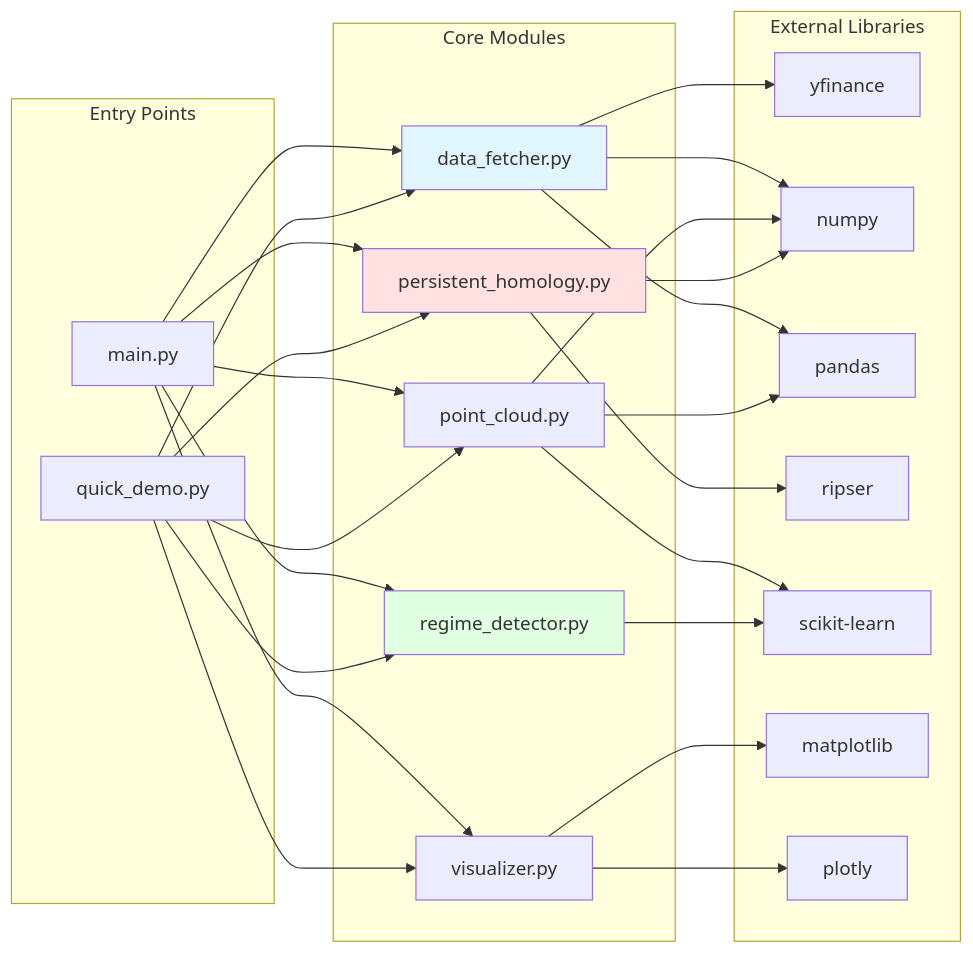
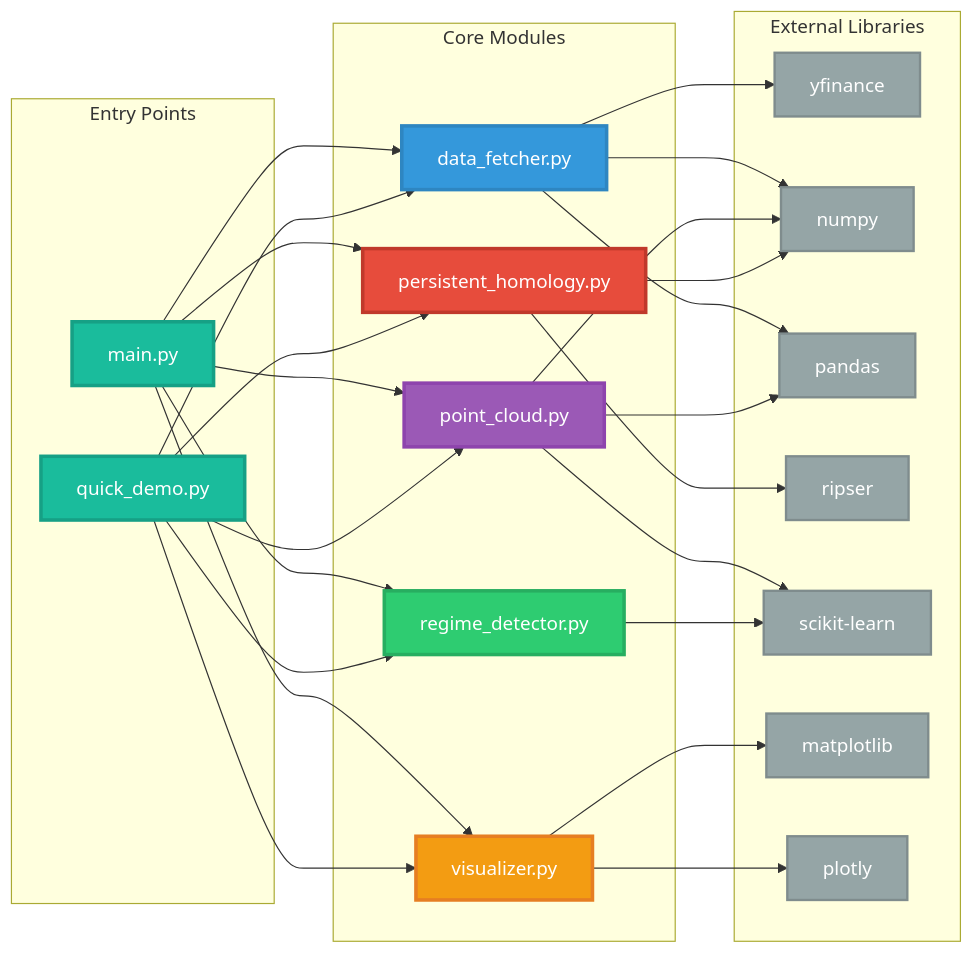
The fourth of 19 diagrams in README.md (gregorizeidler/MarketTDA), drawn with Mermaid before and after one commit. The commit also changed other lines of this file, not shown here.

Commit message:
docs: improve Mermaid diagram contrast and colors
- Added strong, contrasting colors to all diagrams
- System Architecture: blue/purple/green/red/orange palette
- Module Dependencies: distinct colors for each module type
- All text now in white (#fff) for maximum readability
- Thicker borders (3px) for better visibility
- Enhanced visual hierarchy with stroke colors

````diff
--- a/README.md
+++ b/README.md
@@ -854,52 +863,63 @@
 ```mermaid
 graph LR
     subgraph "Core Modules"
         A[data_fetcher.py]
         B[point_cloud.py]
         C[persistent_homology.py]
         D[visualizer.py]
         E[regime_detector.py]
     end
     
     subgraph "External Libraries"
         F[yfinance]
         G[numpy]
         H[pandas]
         I[ripser]
         J[scikit-learn]
         K[matplotlib]
         L[plotly]
     end
     
     subgraph "Entry Points"
         M[main.py]
         N[quick_demo.py]
     end
     
     A --> F
     A --> G
     A --> H
     B --> G
     B --> H
     B --> J
     C --> I
     C --> G
     D --> K
     D --> L
     E --> J
     
     M --> A
     M --> B
     M --> C
     M --> D
     M --> E
     N --> A
     N --> B
     N --> C
     N --> D
     N --> E
     
-    style A fill:#e1f5ff
-    style C fill:#ffe1e1
-    style E fill:#e1ffe1
+    style A fill:#3498DB,stroke:#2E86C1,stroke-width:3px,color:#fff
+    style B fill:#9B59B6,stroke:#8E44AD,stroke-width:3px,color:#fff
+    style C fill:#E74C3C,stroke:#C0392B,stroke-width:3px,color:#fff
+    style D fill:#F39C12,stroke:#E67E22,stroke-width:3px,color:#fff
+    style E fill:#2ECC71,stroke:#27AE60,stroke-width:3px,color:#fff
+    style F fill:#95A5A6,stroke:#7F8C8D,stroke-width:2px,color:#fff
+    style G fill:#95A5A6,stroke:#7F8C8D,stroke-width:2px,color:#fff
+    style H fill:#95A5A6,stroke:#7F8C8D,stroke-width:2px,color:#fff
+    style I fill:#95A5A6,stroke:#7F8C8D,stroke-width:2px,color:#fff
+    style J fill:#95A5A6,stroke:#7F8C8D,stroke-width:2px,color:#fff
+    style K fill:#95A5A6,stroke:#7F8C8D,stroke-width:2px,color:#fff
+    style L fill:#95A5A6,stroke:#7F8C8D,stroke-width:2px,color:#fff
+    style M fill:#1ABC9C,stroke:#16A085,stroke-width:3px,color:#fff
+    style N fill:#1ABC9C,stroke:#16A085,stroke-width:3px,color:#fff
 ```
````
